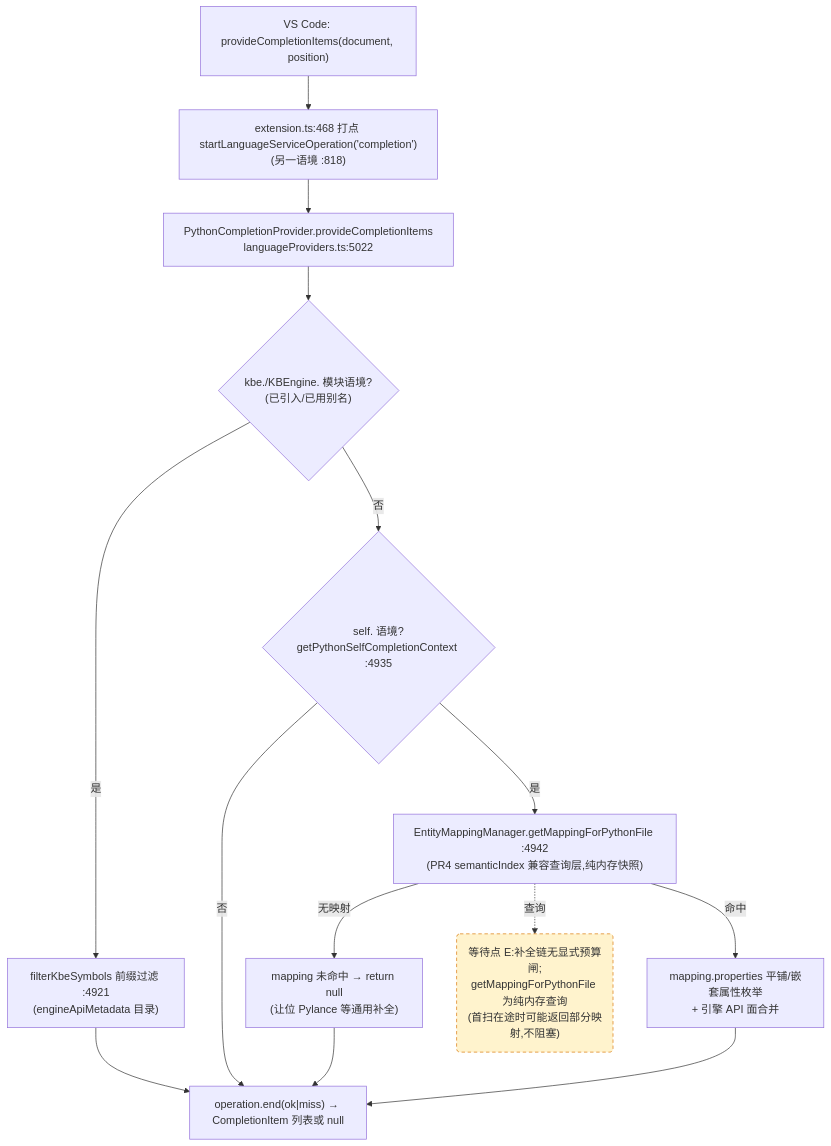
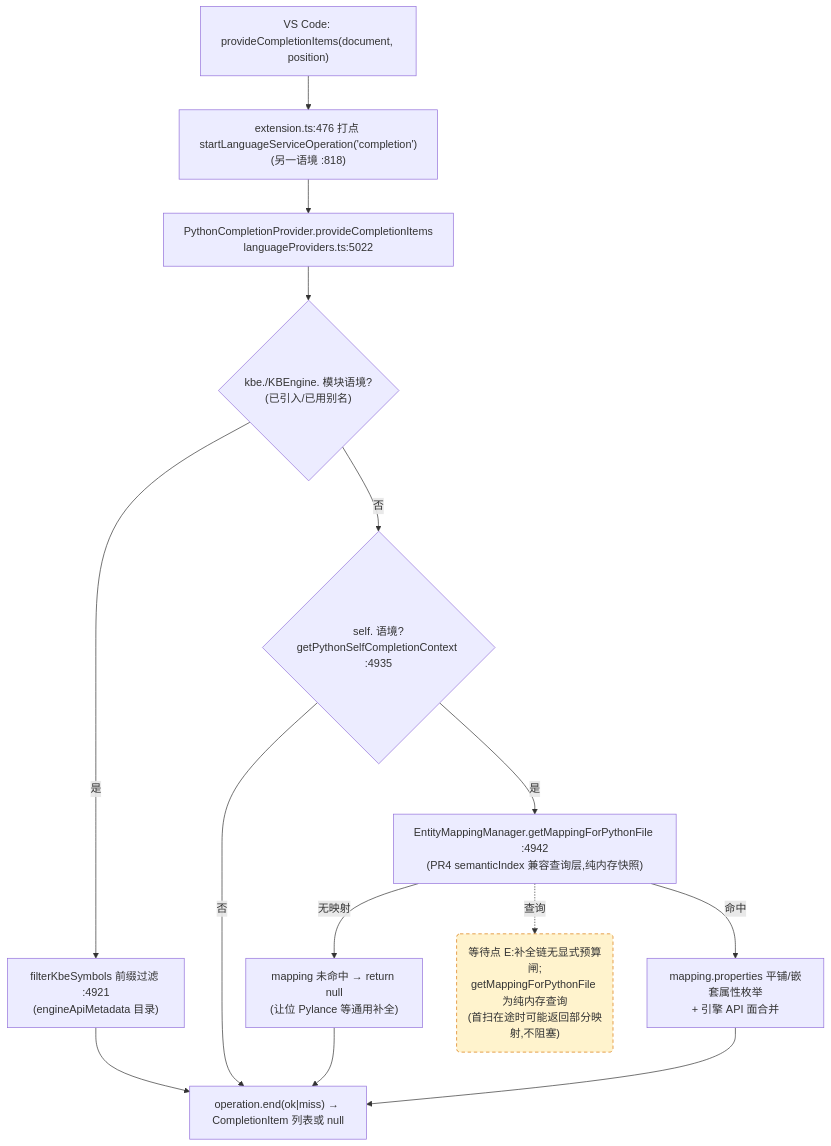
One commit to cuihairu/kode changed the third of 4 diagrams in docs/perf/2026-baseline.md. Above: the diagram before and after it, drawn with Mermaid. The commit also changed other lines of this file and 5 other files, not shown here.

````diff
--- a/docs/perf/2026-baseline.md
+++ b/docs/perf/2026-baseline.md
@@ -184,27 +184,27 @@
 ```mermaid
 flowchart TD
   VC3["VS Code: provideCompletionItems(document, position)"]
-  M3["extension.ts:468 打点 startLanguageServiceOperation('completion')<br/>(另一语境 :818)"]
+  M3["extension.ts:476 打点 startLanguageServiceOperation('completion')<br/>(另一语境 :818)"]
   CP["PythonCompletionProvider.provideCompletionItems<br/>languageProviders.ts:5022"]
   KBEC{"kbe./KBEngine. 模块语境?<br/>(已引入/已用别名)"}
   FILTER["filterKbeSymbols 前缀过滤 :4921<br/>(engineApiMetadata 目录)"]
   SELFC{"self. 语境?<br/>getPythonSelfCompletionContext :4935"}
   MAP["EntityMappingManager.getMappingForPythonFile :4942<br/>(PR4 semanticIndex 兼容查询层,纯内存快照)"]
   NOMAP["mapping 未命中 → return null<br/>(让位 Pylance 等通用补全)"]
   PROPS["mapping.properties 平铺/嵌套属性枚举<br/>+ 引擎 API 面合并"]
   END3["operation.end(ok|miss) → CompletionItem 列表或 null"]
 
   VC3 --> M3 --> CP --> KBEC
   KBEC -- "是" --> FILTER --> END3
   KBEC -- "否" --> SELFC
   SELFC -- "否" --> END3
   SELFC -- "是" --> MAP
   MAP -- "无映射" --> NOMAP --> END3
   MAP -- "命中" --> PROPS --> END3
 
   WAITE("等待点 E:补全链无显式预算闸;<br/>getMappingForPythonFile 为纯内存查询<br/>(首扫在途时可能返回部分映射,不阻塞)")
   MAP -.->|查询| WAITE
 
   classDef waitPoint fill:#fff3cd,stroke:#d97706,stroke-dasharray:5 4;
   class WAITE waitPoint;
 ```
````
